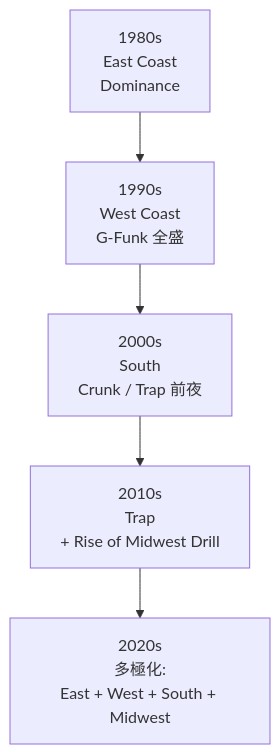
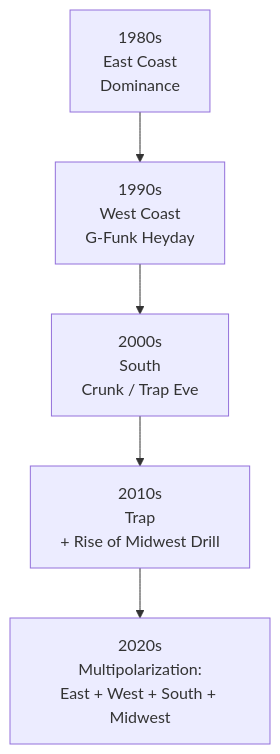
One commit to monumental-movement/monumental-movement.github.io changed the second of 2 diagrams in en/_posts/2025-09-15-Column-Hiphop-History.md. Above: the diagram before and after it, drawn with Mermaid. The commit also changed other lines of this file and 371 other files, not shown here.

```diff
--- a/en/_posts/2025-09-15-Column-Hiphop-History.md
+++ b/en/_posts/2025-09-15-Column-Hiphop-History.md
@@ -275,13 +275,13 @@
 <div class="mermaid">
 
 flowchart TB
         E["1980s<br/>East Coast<br/>Dominance"]
-        W["1990s<br/>West Coast<br/>G-Funk 全盛"]
-        S["2000s<br/>South<br/>Crunk / Trap 前夜"]
+        W["1990s<br/>West Coast<br/>G-Funk Heyday"]
+        S["2000s<br/>South<br/>Crunk / Trap Eve"]
         M["2010s<br/>Trap<br/>+ Rise of Midwest Drill"]
-        P["2020s<br/>多極化:<br/>East + West + South + Midwest"]
+        P["2020s<br/>Multipolarization:<br/>East + West + South + Midwest"]
 
     E --> W --> S --> M --> P
 
 
 </div>
```
